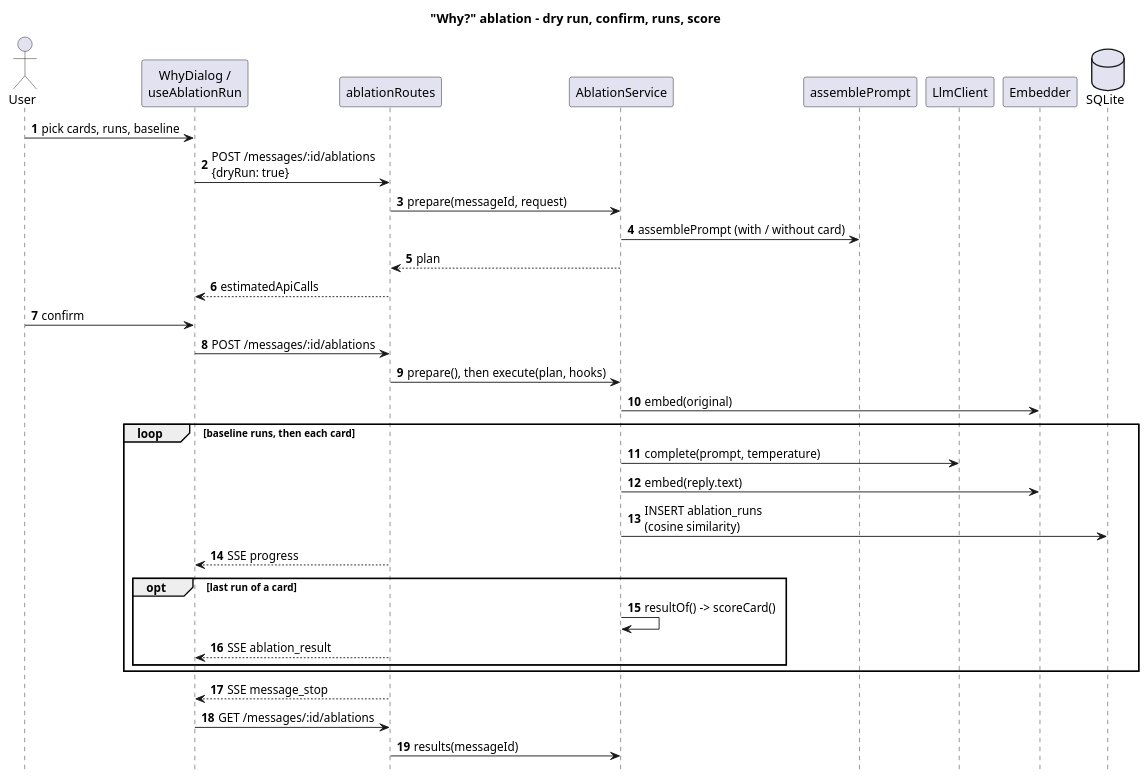
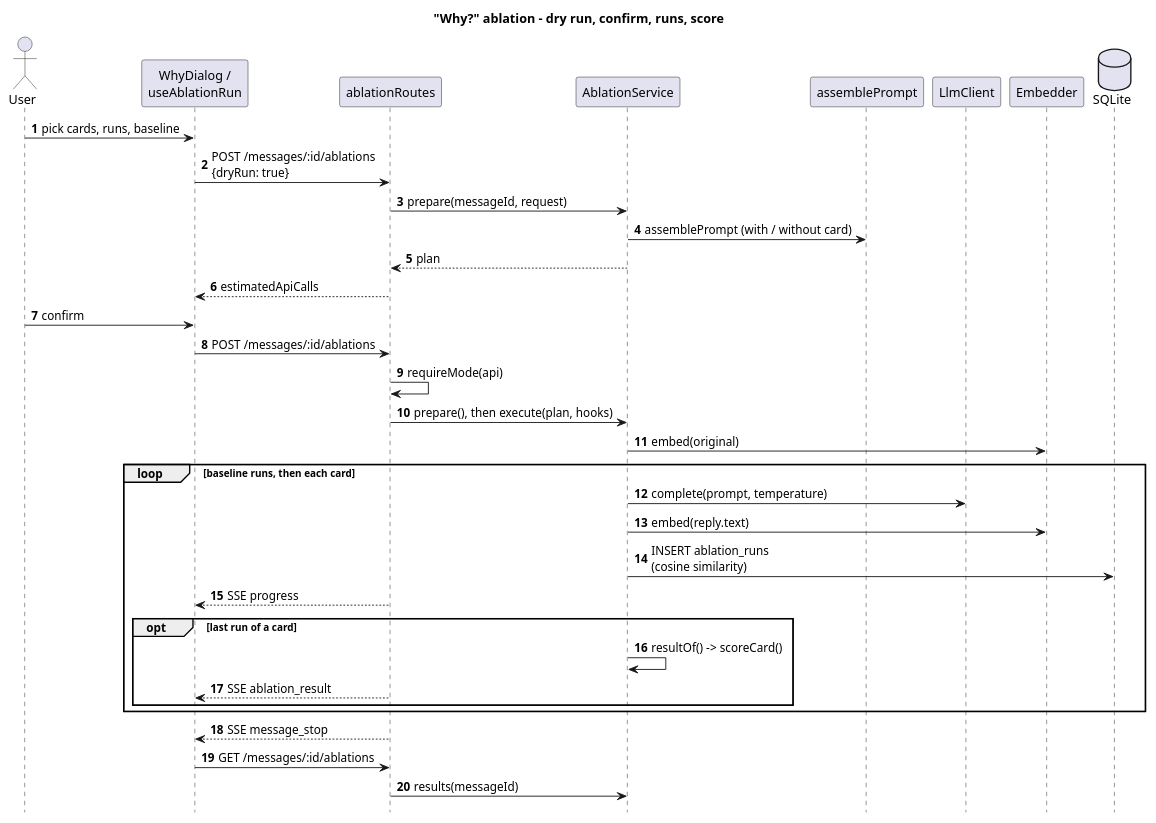
Before and after one commit to enessosa/PromptSys: the diagram in docs/diagrams/ablation-sequence.puml, drawn with PlantUML. The commit also changed 12 other files, not shown here.

First line of the commit message:
Update architecture diagrams for Agent mode

```diff
--- a/docs/diagrams/ablation-sequence.puml
+++ b/docs/diagrams/ablation-sequence.puml
@@ -1,38 +1,39 @@
 @startuml ablation-sequence
 title "Why?" ablation - dry run, confirm, runs, score
 autonumber
 hide footbox
 
 actor User
 participant "WhyDialog /\nuseAblationRun" as FE
 participant "ablationRoutes" as R
 participant "AblationService" as S
 participant "assemblePrompt" as A
 participant "LlmClient" as L
 participant "Embedder" as E
 database SQLite
 
 User -> FE : pick cards, runs, baseline
 FE -> R : POST /messages/:id/ablations\n{dryRun: true}
 R -> S : prepare(messageId, request)
 S -> A : assemblePrompt (with / without card)
 S --> R : plan
 R --> FE : estimatedApiCalls
 User -> FE : confirm
 FE -> R : POST /messages/:id/ablations
+R -> R : requireMode(api)
 R -> S : prepare(), then execute(plan, hooks)
 S -> E : embed(original)
 loop baseline runs, then each card
   S -> L : complete(prompt, temperature)
   S -> E : embed(reply.text)
   S -> SQLite : INSERT ablation_runs\n(cosine similarity)
   R --> FE : SSE progress
   opt last run of a card
     S -> S : resultOf() -> scoreCard()
     R --> FE : SSE ablation_result
   end
 end
 R --> FE : SSE message_stop
 FE -> R : GET /messages/:id/ablations
 R -> S : results(messageId)
 @enduml
```
